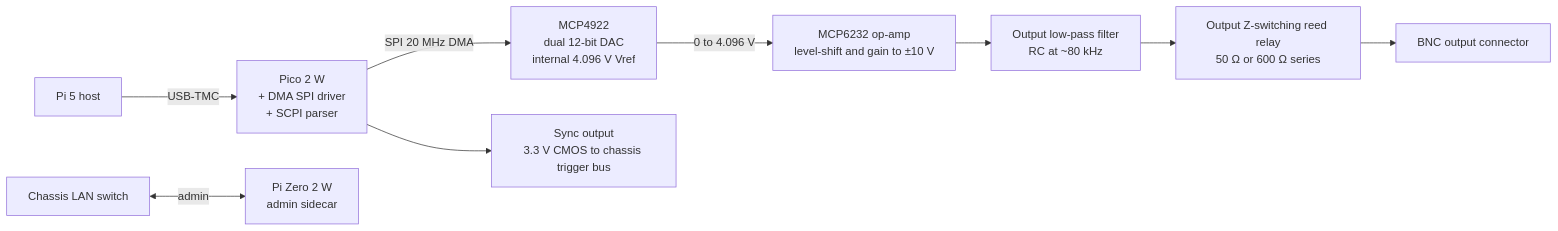
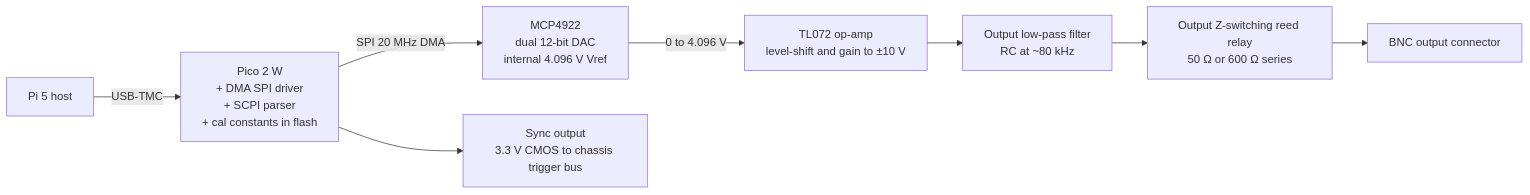
Before and after one commit to Pike1950/poor-mans-validation-bench: the diagram in docs/modules/Module_1E_Design_Document.md, drawn with Mermaid. The commit also changed other lines of this file and 5 other files, not shown here.

Commit message:
Adopt Path A: remove per-module Pi Zero from v1.0 baseline and cascade through SDD, README, chassis doc, and Module 1E doc

````diff
--- a/docs/modules/Module_1E_Design_Document.md
+++ b/docs/modules/Module_1E_Design_Document.md
@@ -42,21 +42,18 @@
 ```mermaid
 flowchart LR
     Host[Pi 5 host]
-    Pico[Pico 2 W<br/>+ DMA SPI driver<br/>+ SCPI parser]
-    PiZero[Pi Zero 2 W<br/>admin sidecar]
-    Switch[Chassis LAN switch]
+    Pico[Pico 2 W<br/>+ DMA SPI driver<br/>+ SCPI parser<br/>+ cal constants in flash]
     DAC[MCP4922<br/>dual 12-bit DAC<br/>internal 4.096 V Vref]
-    OpAmp[MCP6232 op-amp<br/>level-shift and gain to ±10 V]
+    OpAmp[TL072 op-amp<br/>level-shift and gain to ±10 V]
     Filter[Output low-pass filter<br/>RC at ~80 kHz]
     Relay[Output Z-switching reed relay<br/>50 Ω or 600 Ω series]
     BNC[BNC output connector]
     Sync[Sync output<br/>3.3 V CMOS to chassis trigger bus]
     Host -->|USB-TMC| Pico
-    Switch <-->|admin| PiZero
     Pico -->|SPI 20 MHz DMA| DAC
     Pico --> Sync
     DAC -->|0 to 4.096 V| OpAmp
     OpAmp --> Filter
     Filter --> Relay
     Relay --> BNC
 ```
````
